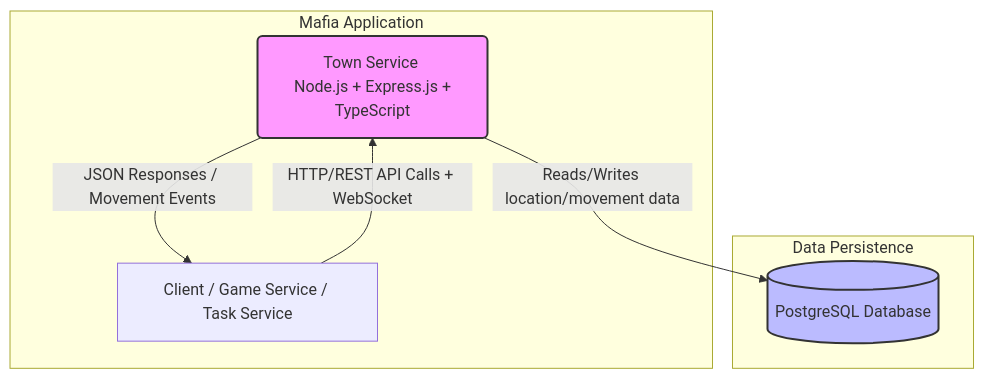
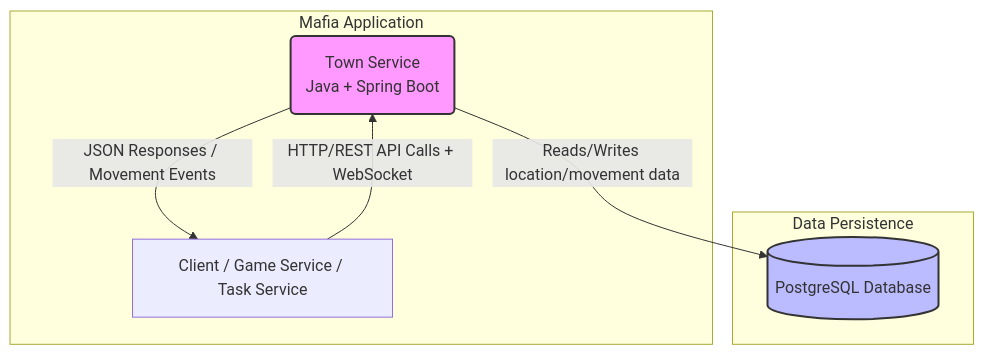
Before and after one commit to Flexksx/distributed_mafia_platform: the second of 3 diagrams in README.md, drawn with Mermaid. The commit also changed other lines of this file, not shown here.

Commit message:
Update tech stack to Java + Spring Boot

````diff
--- a/README.md
+++ b/README.md
@@ -21,19 +85,19 @@
 ```mermaid
 ---
 config:
   layout: dagre
 ---
 flowchart TD
  subgraph subGraph0["Mafia Application"]
-        B("Town Service <br> Node.js + Express.js + TypeScript")
+        B("Town Service <br> Java + Spring Boot")
         A["Client / Game Service / Task Service"]
   end
  subgraph subGraph2["Data Persistence"]
         D[("PostgreSQL Database")]
   end
     A -- HTTP/REST API Calls + WebSocket --> B
     B -- JSON Responses / Movement Events --> A
     B -- Reads/Writes location/movement data --> D
     style B fill:#f9f,stroke:#333,stroke-width:2px
     style D fill:#bbf,stroke:#333,stroke-width:2px
 ```
````
